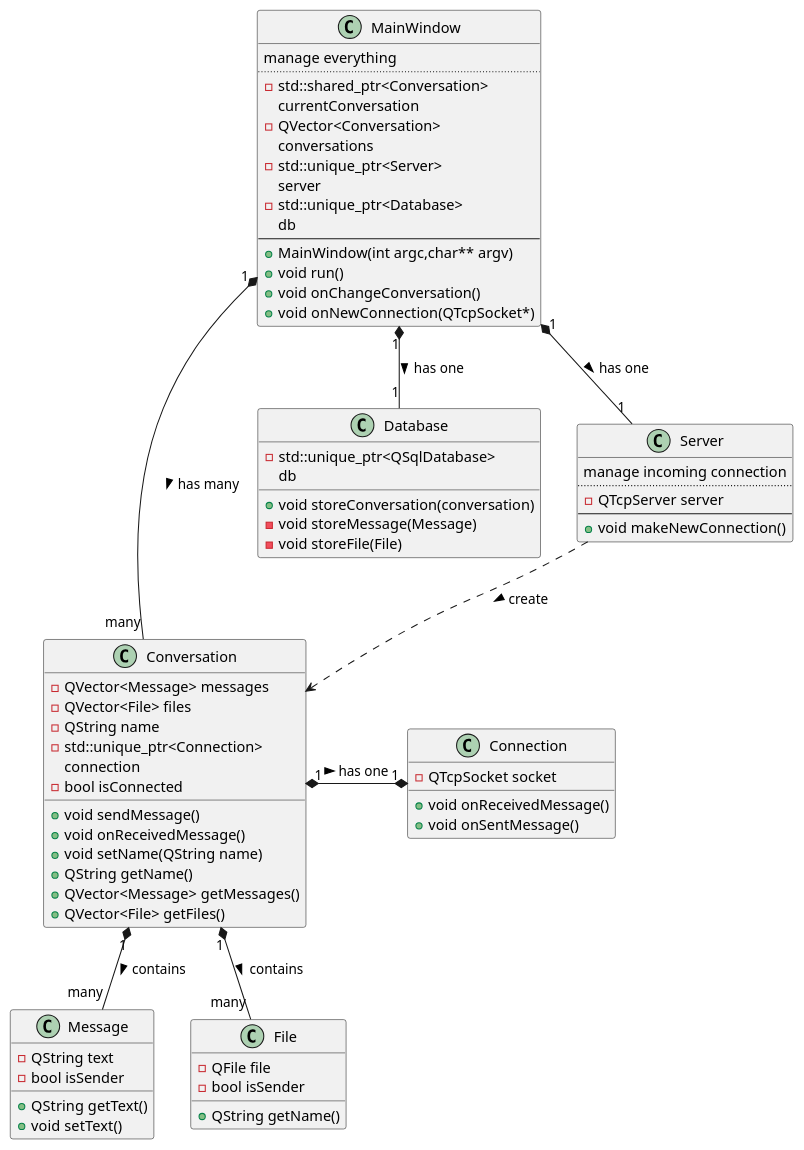
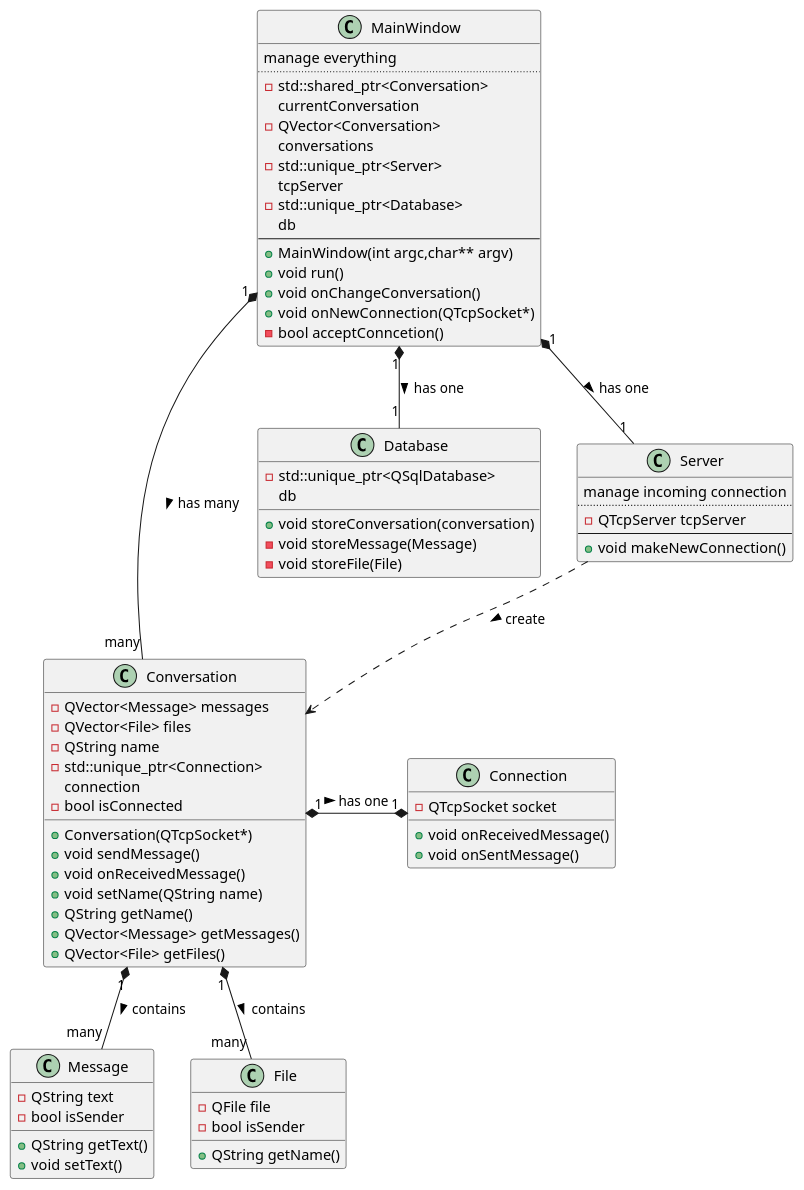
One commit to dstopka/p2p-communicator changed the diagram in uml/diagram.puml. Above: the diagram before and after it, drawn with PlantUML. The commit also changed 7 other files, not shown here.

Commit message:
edit uml add class Conversation ERROR: something is not correct with Server class

```diff
--- a/uml/diagram.puml
+++ b/uml/diagram.puml
@@ -2,87 +2,89 @@
 @startuml
 
 class MainWindow
 class Database
 class Conversation
 class Message
 class Server
 class Connection
 class File
 
 MainWindow "1" *-- "many" Conversation : has many >
 MainWindow "1" *-- "1" Database : has one >
 MainWindow "1" *-- "1" Server : has one >
 Conversation "1" *-- "many" Message : contains >
 Conversation "1" *-- "many" File : contains >
 Server ..> Conversation : create >
 Conversation "1" *-* "1" Connection : has one >
 
 class MainWindow {
 manage everything
 ..
 -std::shared_ptr<Conversation>
 currentConversation
 -QVector<Conversation>
 conversations
 -std::unique_ptr<Server>
-server
+tcpServer
 -std::unique_ptr<Database>
 db
 --
 +MainWindow(int argc,char** argv)
 +void run()
 +void onChangeConversation()
 +void onNewConnection(QTcpSocket*)
+-bool acceptConncetion()
 }
 
 class Conversation {
++Conversation(QTcpSocket*)
 +void sendMessage()
 +void onReceivedMessage()
 +void setName(QString name)
 +QString getName()
 +QVector<Message> getMessages()
 +QVector<File> getFiles()
 -QVector<Message> messages
 -QVector<File> files
 -QString name
 -std::unique_ptr<Connection>
 connection
 -bool isConnected
 }
 
 class Message {
 +QString getText()
 +void setText()
 -QString text
 -bool isSender
 }
 
 class Server {
 manage incoming connection
 ..
--QTcpServer server
+-QTcpServer tcpServer
 --
 +void makeNewConnection()
 }
 
 class Connection {
 +void onReceivedMessage()
 +void onSentMessage()
 -QTcpSocket socket
 }
 
 class File {
 +QString getName()
 -QFile file
 -bool isSender
 }
 
 class Database {
 -std::unique_ptr<QSqlDatabase>
 db
 +void storeConversation(conversation)
 -void storeMessage(Message)
 -void storeFile(File)
 }
 
 @enduml
```
